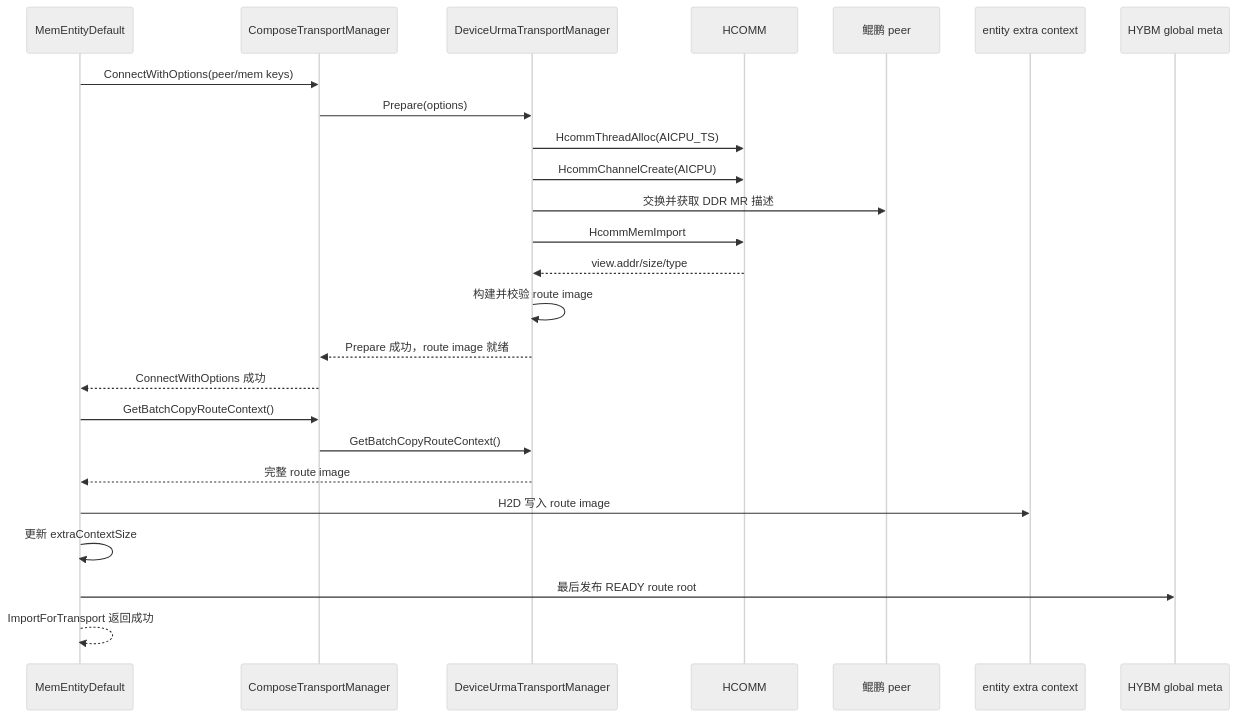
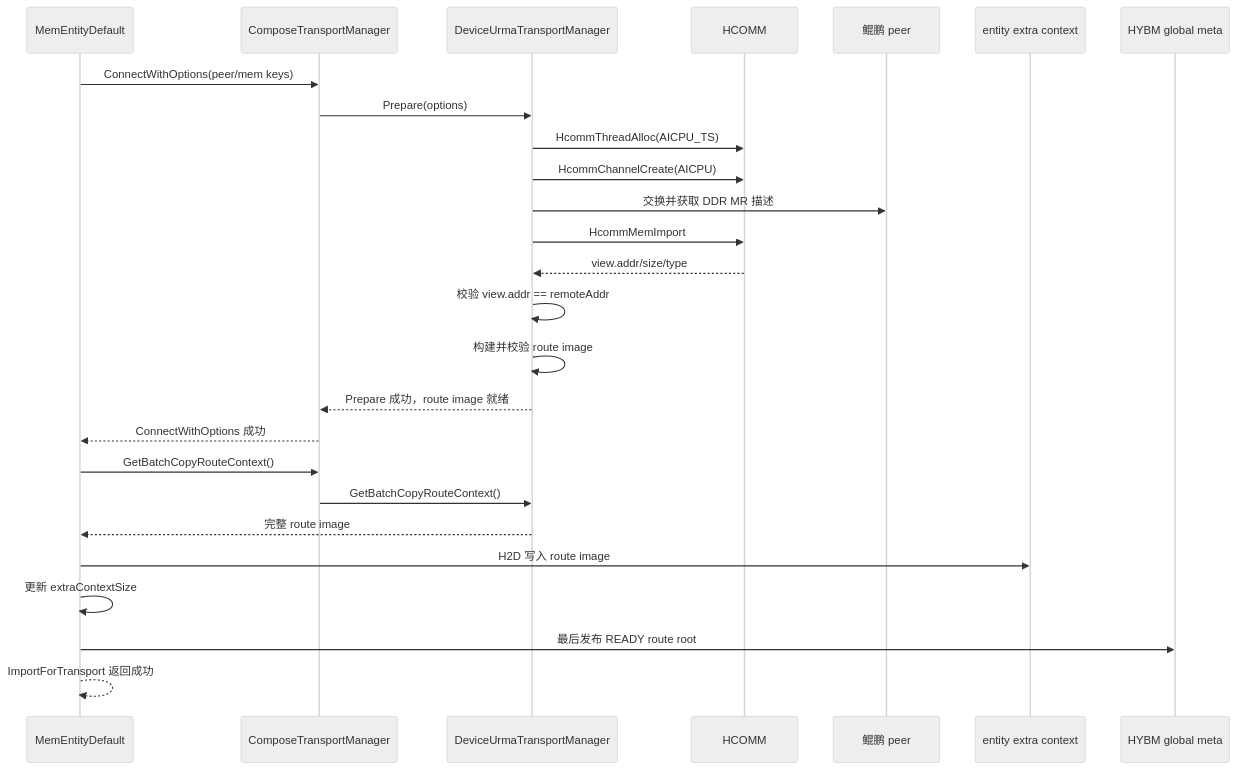
Before and after one commit to NoCoder0/memfabric_hybrid: the second of 3 diagrams in doc/batch_copy_aicpu_urma_design.md, drawn with Mermaid (neutral theme). The commit also changed other lines of this file, not shown here.

````diff
--- a/doc/batch_copy_aicpu_urma_design.md
+++ b/doc/batch_copy_aicpu_urma_design.md
@@ -323,28 +282,29 @@
 ```mermaid
 sequenceDiagram
     participant E as MemEntityDefault
     participant C as ComposeTransportManager
     participant M as DeviceUrmaTransportManager
     participant H as HCOMM
     participant R as 鲲鹏 peer
     participant X as entity extra context
     participant G as HYBM global meta
 
     E->>C: ConnectWithOptions(peer/mem keys)
     C->>M: Prepare(options)
     M->>H: HcommThreadAlloc(AICPU_TS)
     M->>H: HcommChannelCreate(AICPU)
     M->>R: 交换并获取 DDR MR 描述
     M->>H: HcommMemImport
     H-->>M: view.addr/size/type
+    M->>M: 校验 view.addr == remoteAddr
     M->>M: 构建并校验 route image
     M-->>C: Prepare 成功，route image 就绪
     C-->>E: ConnectWithOptions 成功
     E->>C: GetBatchCopyRouteContext()
     C->>M: GetBatchCopyRouteContext()
     M-->>E: 完整 route image
     E->>X: H2D 写入 route image
     E->>E: 更新 extraContextSize
     E->>G: 最后发布 READY route root
     E-->>E: ImportForTransport 返回成功
 ```
````
